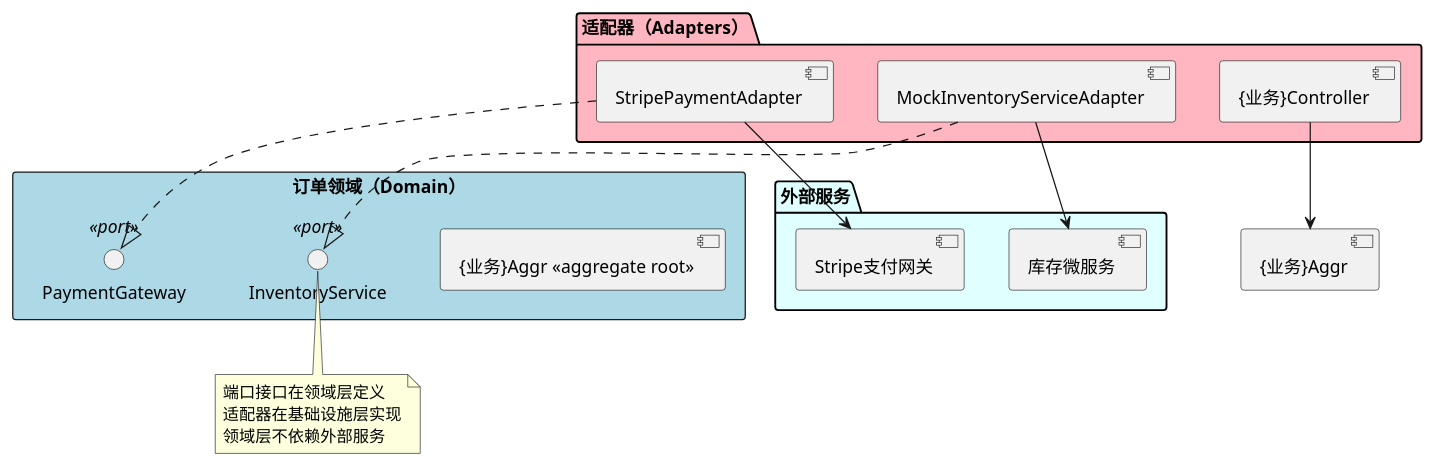
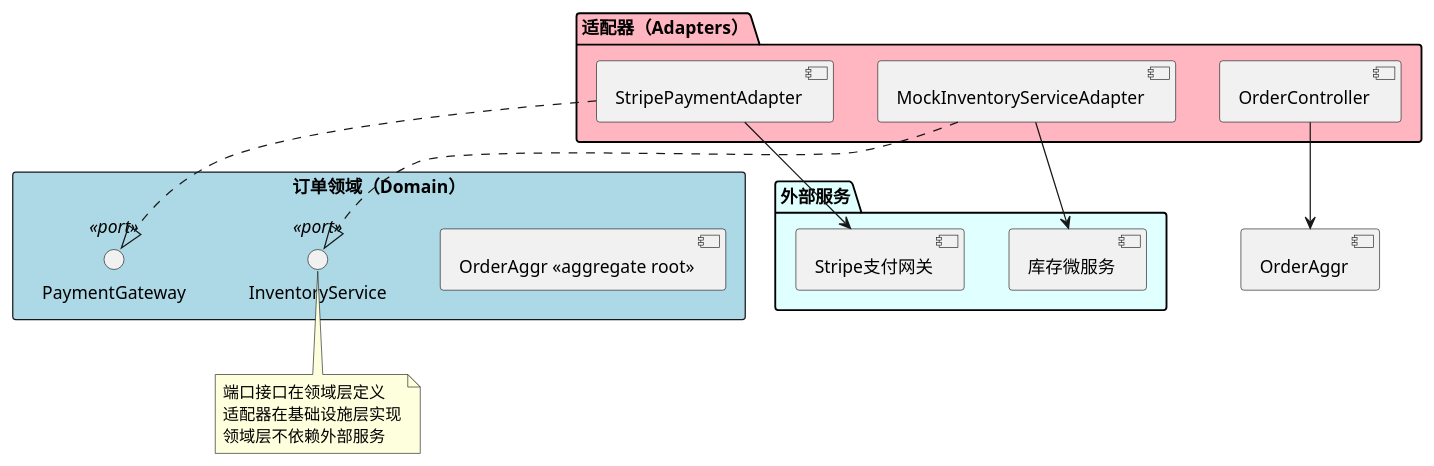
The ninth of 14 diagrams in README.md (LeoNardo-LB/web-quick-start-domain), drawn with PlantUML before and after one commit. The commit also changed other lines of this file and 13 other files, not shown here.

````diff
--- a/README.md
+++ b/README.md
@@ -1673,31 +1611,31 @@
 ```plantuml
 @startuml 六边形架构
 rectangle "订单领域（Domain）" #LightBlue {
-  [{业务}Aggr <<aggregate root>>]
+  [OrderAggr <<aggregate root>>]
   interface InventoryService <<port>>
   interface PaymentGateway <<port>>
 }
 
 package "适配器（Adapters）" #LightPink {
   [MockInventoryServiceAdapter] ..|> InventoryService
   [StripePaymentAdapter] ..|> PaymentGateway
-  [{业务}Controller] as WebAdapter
+  [OrderController] as WebAdapter
 }
 
 package "外部服务" #LightCyan {
   [库存微服务]
   [Stripe支付网关]
 }
 
 [MockInventoryServiceAdapter] --> [库存微服务]
 [StripePaymentAdapter] --> [Stripe支付网关]
-[WebAdapter] --> [{业务}Aggr]
+[WebAdapter] --> [OrderAggr]
 
 note bottom of InventoryService
   端口接口在领域层定义
   适配器在基础设施层实现
   领域层不依赖外部服务
 end note
 
 @enduml
 ```
````
